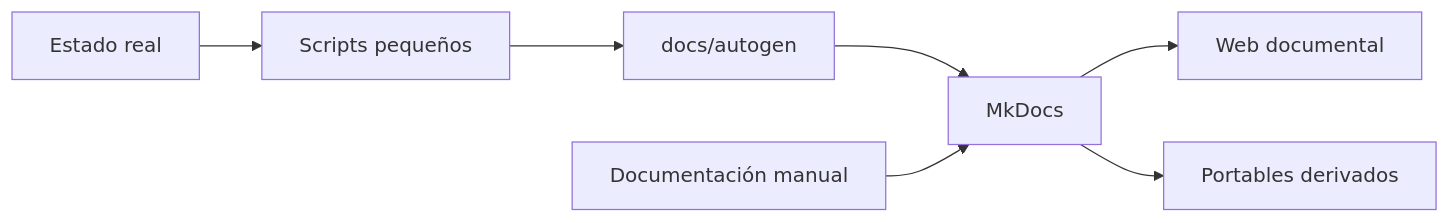
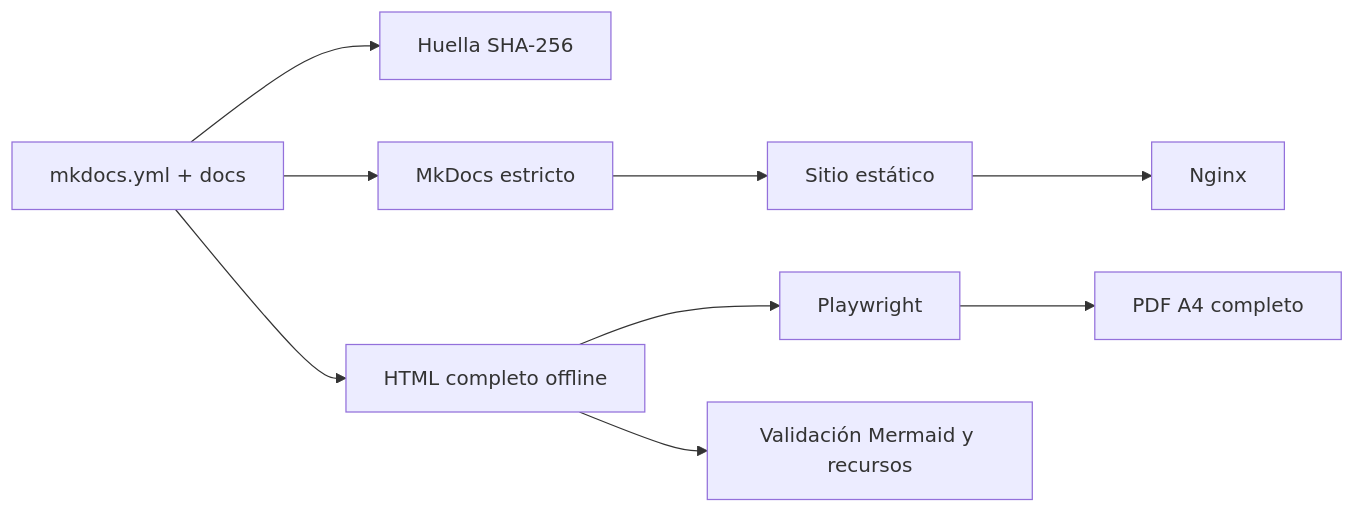
The diagram in docs/autodocumentacion.md (ratienza/infra-replicant-lab), drawn with Mermaid before and after one commit. The commit also changed other lines of this file and 29 other files, not shown here.

````diff
--- a/docs/autodocumentacion.md
+++ b/docs/autodocumentacion.md
@@ -27,9 +7,11 @@
 ```mermaid
 flowchart LR
-    H[Estado real] --> S[Scripts pequeños]
-    S --> A[docs/autogen]
-    A --> M[MkDocs]
-    D[Documentación manual] --> M
-    M --> WEB[Web documental]
-    M --> P[Portables derivados]
+    S[mkdocs.yml + docs] --> V[Huella SHA-256]
+    S --> M[MkDocs estricto]
+    M --> WEB[Sitio estático]
+    S --> H[HTML completo offline]
+    H --> P[Playwright]
+    P --> PDF[PDF A4 completo]
+    H --> C[Validación Mermaid y recursos]
+    WEB --> N[Nginx]
 ```
````
